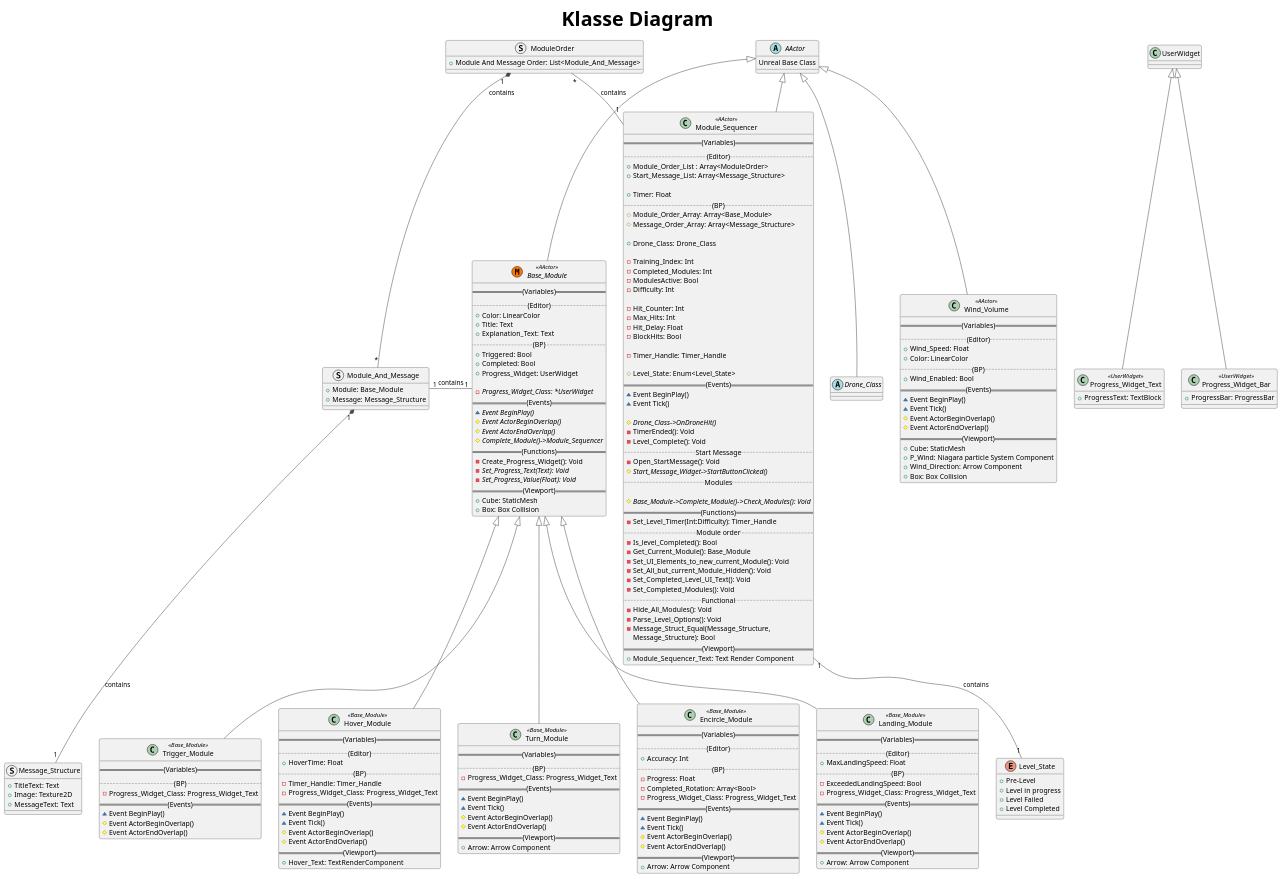
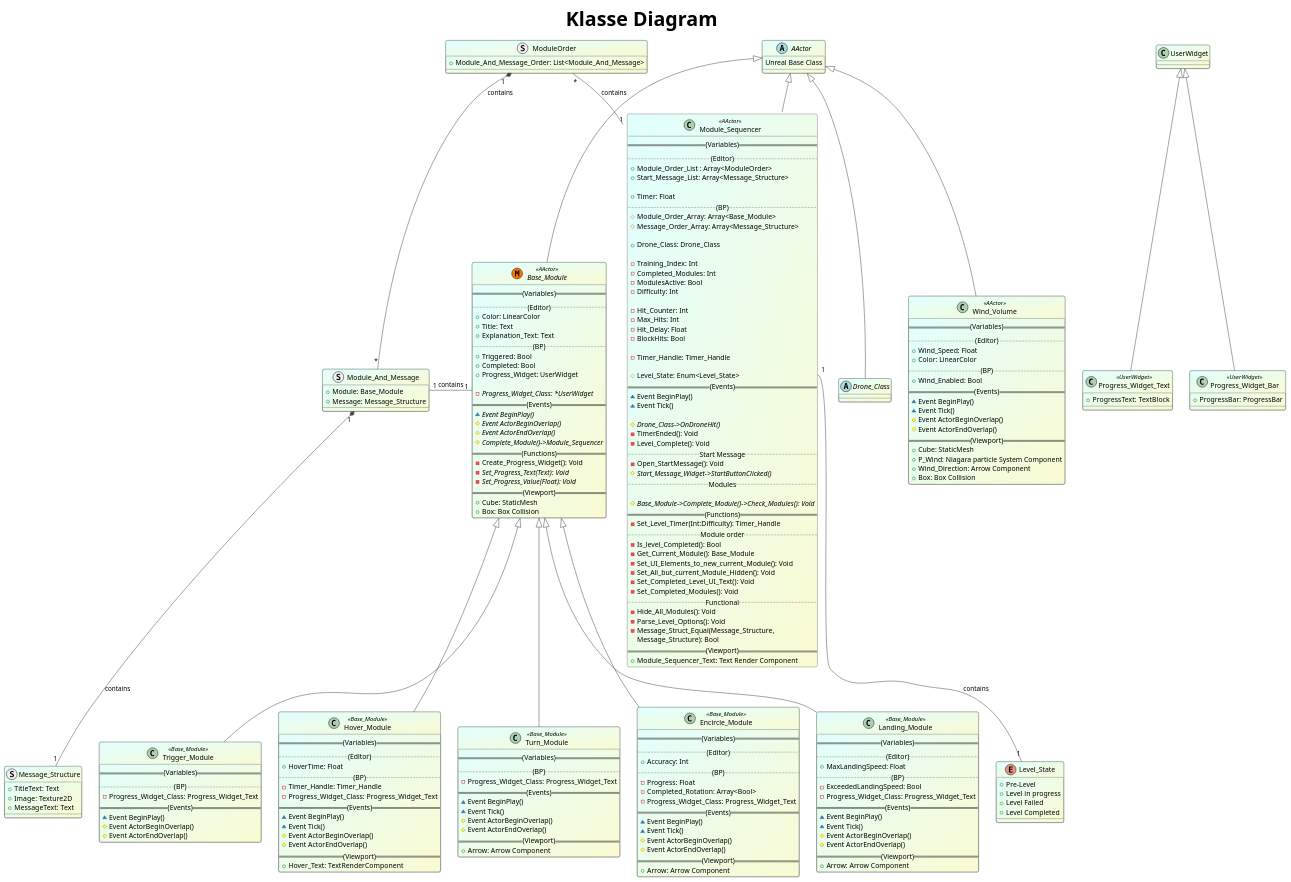
One commit to KingPungy/Drone_Simulation_UE changed the diagram in Script/PlantUML/ClassDiagram.puml. Above: the diagram before and after it, drawn with PlantUML.

Commit message:
Style changes to plantUML file

```diff
--- a/Script/PlantUML/ClassDiagram.puml
+++ b/Script/PlantUML/ClassDiagram.puml
@@ -3,6 +3,9 @@
 !theme vibrant
 skinparam TitleFontName Calibri
 skinparam TitleFontSize 40
+skinparam ClassBackgroundColor lightcyan/LightGoldenRodYellow
+skinparam defaultFontColor black
+
 
 
 Abstract Class AActor{
@@ -14,7 +17,7 @@
 }
 
 Struct ModuleOrder {
-    + Module And Message Order: List<Module_And_Message>
+    + Module_And_Message_Order: List<Module_And_Message>
 }
 
 Struct Module_And_Message {
@@ -231,6 +234,8 @@
     + Module_Sequencer_Text: Text Render Component
 }
 
+class Module_Sequencer #LightCyan/LightGoldenRodYellow
+
 
 ' AActor -- Module_Sequencer
 ' AActor -- Drone_Class
@@ -242,8 +247,8 @@
 
 
 
-Module_Sequencer "1" -left- "*" ModuleOrder: contains
-Module_Sequencer "1" -- "1" Level_State: contains
+Module_Sequencer "1" -left- "*" ModuleOrder : contains
+Module_Sequencer::Level_State "1" -- "1" Level_State : contains
 
 
 
@@ -251,7 +256,7 @@
 ModuleOrder "1" *-down- "*" Module_And_Message : contains
 Module_And_Message "1" *-down- "1" Message_Structure : contains
 
-Base_Module "1"-left- "1" Module_And_Message: contains
+Base_Module "1"-left- "1" Module_And_Message : contains
 
 
 @enduml
```
